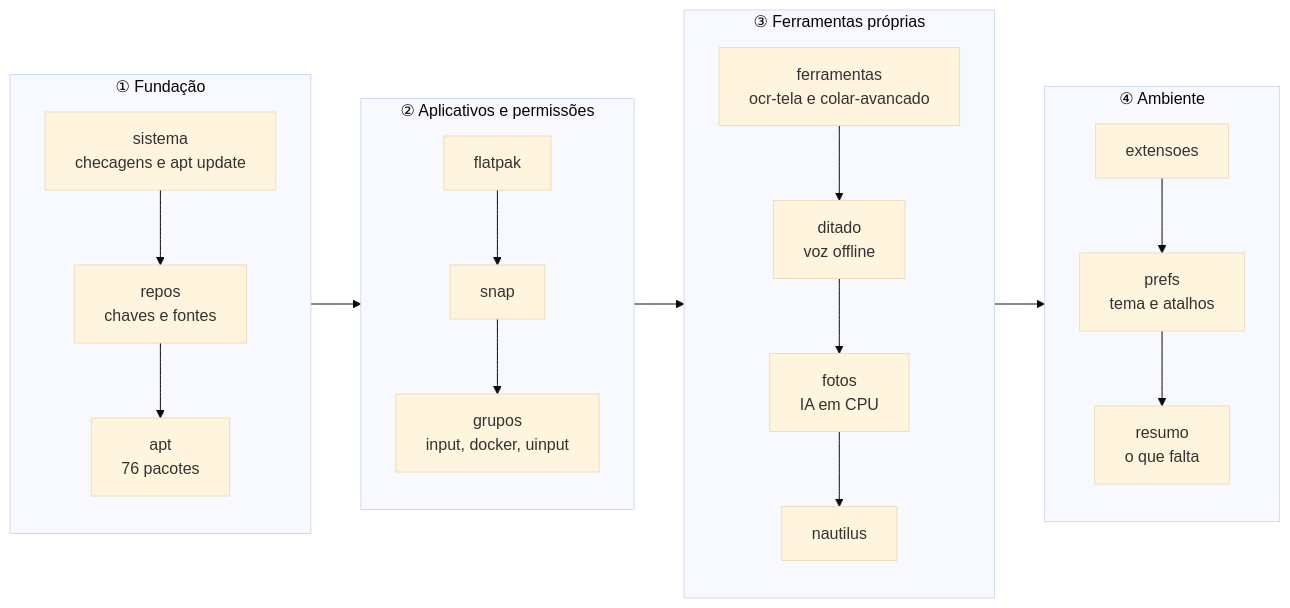
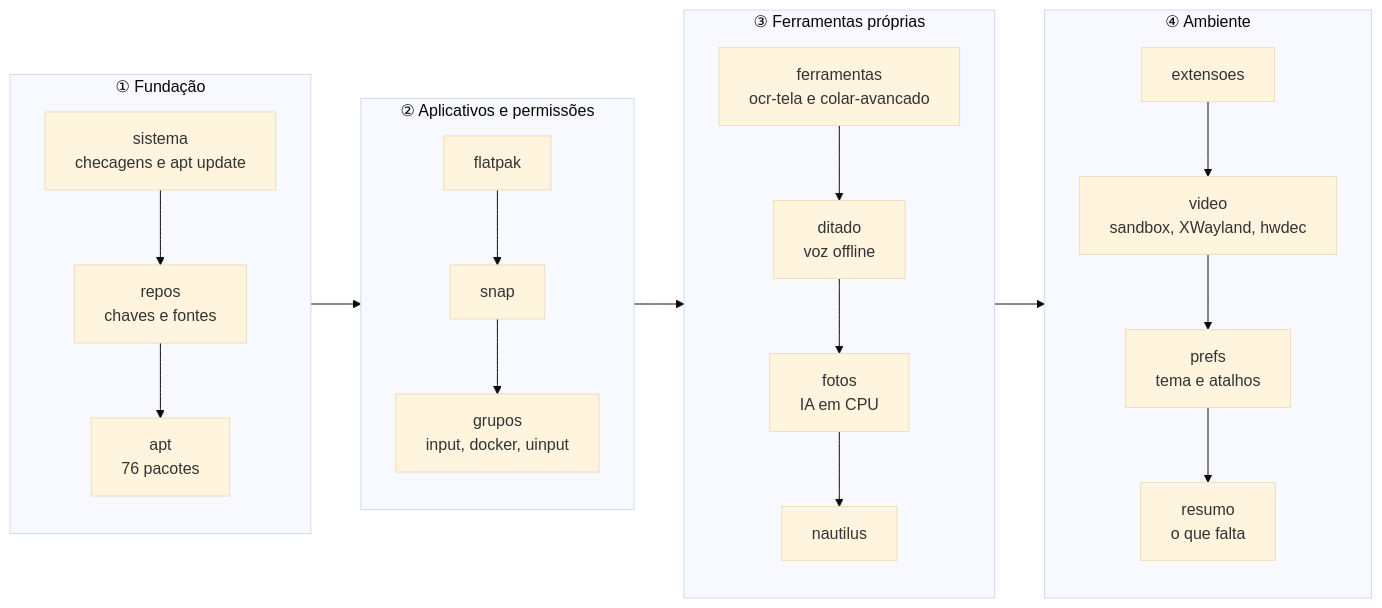
One commit to augustotecnos/nova-maquina changed the diagram in README.md. Above: the diagram before and after it, drawn with Mermaid (base theme). The commit also changed other lines of this file and 2 other files, not shown here.

First line of the commit message:
Etapa video: sandbox do Chromium, XWayland e vídeo por hardware

````diff
--- a/README.md
+++ b/README.md
@@ -50,20 +50,20 @@
 ```mermaid
 flowchart LR
     subgraph F["① Fundação"]
         direction TB
         A["sistema<br/>checagens e apt update"] --> B["repos<br/>chaves e fontes"] --> C["apt<br/>76 pacotes"]
     end
     subgraph P["② Aplicativos e permissões"]
         direction TB
         D["flatpak"] --> E["snap"] --> G["grupos<br/>input, docker, uinput"]
     end
     subgraph T["③ Ferramentas próprias"]
         direction TB
         H["ferramentas<br/>ocr-tela e colar-avancado"] --> I["ditado<br/>voz offline"] --> J["fotos<br/>IA em CPU"] --> K["nautilus"]
     end
     subgraph M["④ Ambiente"]
         direction TB
-        L["extensoes"] --> N["prefs<br/>tema e atalhos"] --> O["resumo<br/>o que falta"]
+        L["extensoes"] --> V["video<br/>sandbox, XWayland, hwdec"] --> N["prefs<br/>tema e atalhos"] --> O["resumo<br/>o que falta"]
     end
     F --> P --> T --> M
 ```
````
